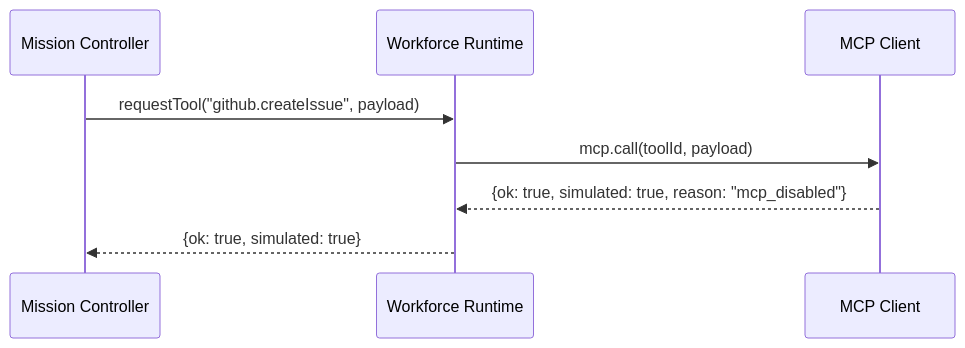
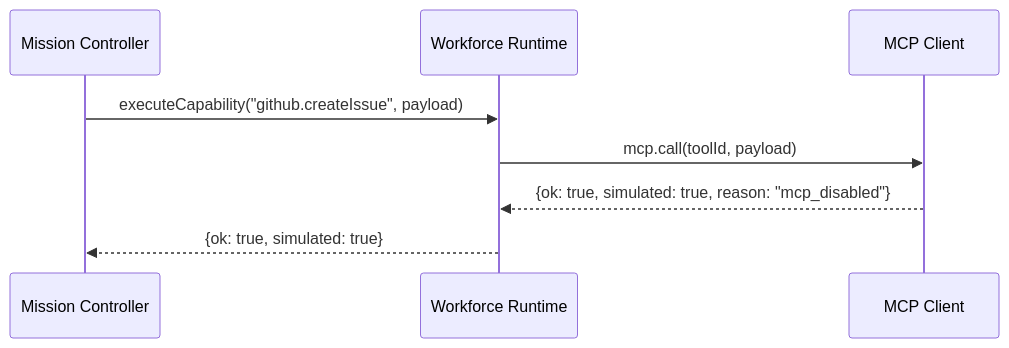
One commit to Elmahrosa/teos-dealmaker changed the second of 4 diagrams in docs/MCP_ARCHITECTURE.md. Above: the diagram before and after it, drawn with Mermaid. The commit also changed other lines of this file and 5 other files, not shown here.

First line of the commit message:
refactor(mcp): rename requestTool to executeCapability

````diff
--- a/docs/MCP_ARCHITECTURE.md
+++ b/docs/MCP_ARCHITECTURE.md
@@ -90,11 +90,11 @@
 ```mermaid
 sequenceDiagram
     participant M as Mission Controller
     participant W as Workforce Runtime
     participant C as MCP Client
 
-    M->>W: requestTool("github.createIssue", payload)
+    M->>W: executeCapability("github.createIssue", payload)
     W->>C: mcp.call(toolId, payload)
     C-->>W: {ok: true, simulated: true, reason: "mcp_disabled"}
     W-->>M: {ok: true, simulated: true}
 ```
````
